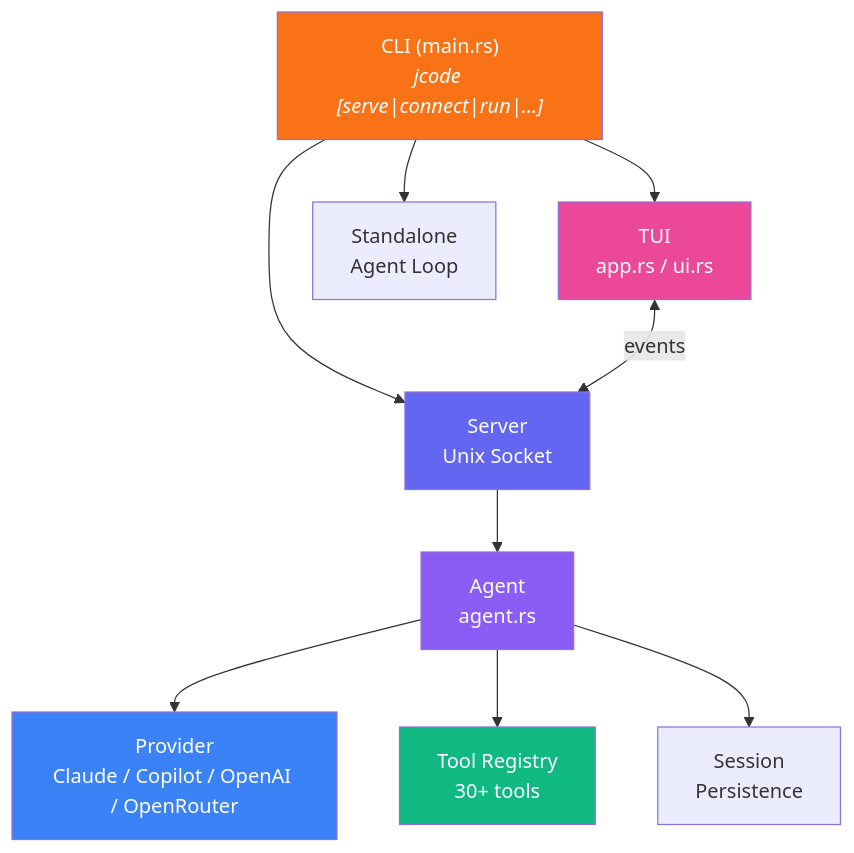
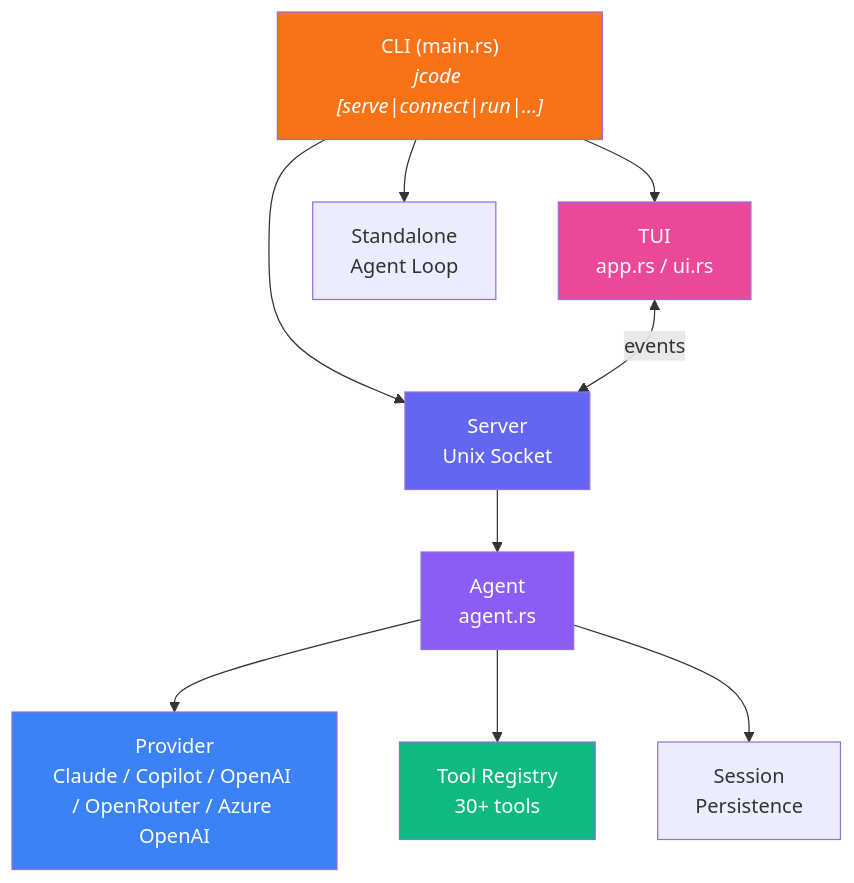
The first of 12 diagrams in README.md (zipadoodlez/kcode), drawn with Mermaid before and after one commit. The commit also changed other lines of this file and 5 other files, not shown here.

Commit message:
Add Azure OpenAI provider auth support

````diff
--- a/README.md
+++ b/README.md
@@ -212,22 +214,22 @@
 ```mermaid
 graph TB
     CLI["CLI (main.rs)<br><i>jcode [serve|connect|run|...]</i>"]
 
     CLI --> TUI["TUI<br>app.rs / ui.rs"]
     CLI --> Server["Server<br>Unix Socket"]
     CLI --> Standalone["Standalone<br>Agent Loop"]
 
     Server --> Agent["Agent<br>agent.rs"]
     TUI <-->|events| Server
 
-    Agent --> Provider["Provider<br>Claude / Copilot / OpenAI / OpenRouter"]
+    Agent --> Provider["Provider<br>Claude / Copilot / OpenAI / OpenRouter / Azure OpenAI"]
     Agent --> Registry["Tool Registry<br>30+ tools"]
     Agent --> Session["Session<br>Persistence"]
 
     style CLI fill:#f97316,color:#fff
     style Agent fill:#8b5cf6,color:#fff
     style Provider fill:#3b82f6,color:#fff
     style Registry fill:#10b981,color:#fff
     style TUI fill:#ec4899,color:#fff
     style Server fill:#6366f1,color:#fff
 ```
````
